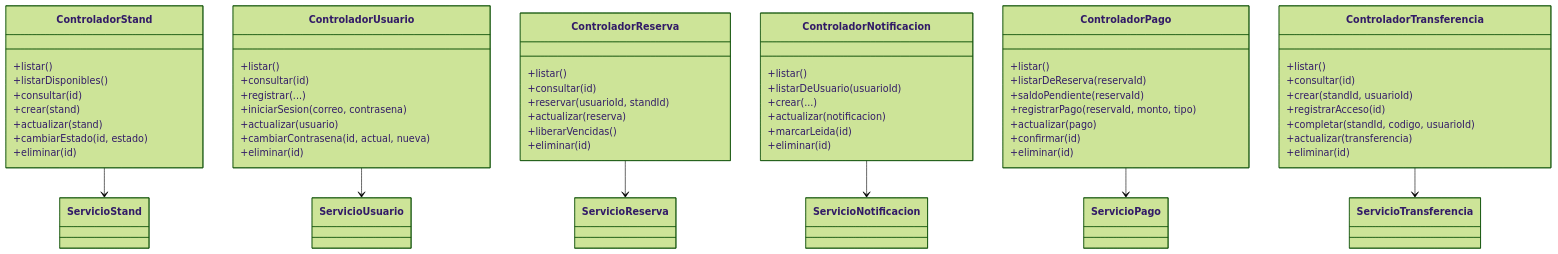
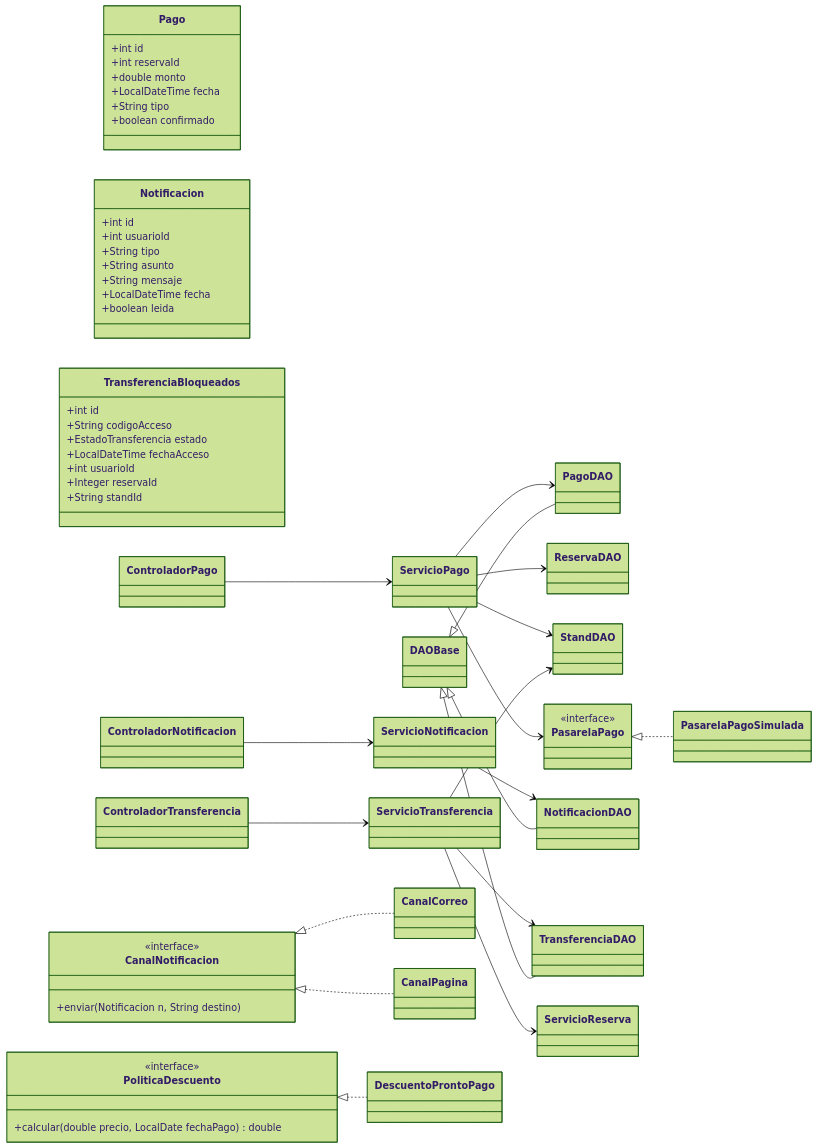
The eighth of 9 diagrams in Stands-Filey/DiagramaClases/DiagramaClases.md (Javtamata145/StandsFiley-POO), drawn with Mermaid (forest theme) before and after one commit. The commit also changed other lines of this file, not shown here.

Commit message:
Actualizando Diagrama clases

````diff
--- a/Stands-Filey/DiagramaClases/DiagramaClases.md
+++ b/Stands-Filey/DiagramaClases/DiagramaClases.md
@@ -305,69 +573,64 @@
 ```mermaid
 classDiagram
-direction TB
+direction LR
 
-class ControladorStand {
-  +listar()
-  +listarDisponibles()
-  +consultar(id)
-  +crear(stand)
-  +actualizar(stand)
-  +cambiarEstado(id, estado)
-  +eliminar(id)
+class Pago {
+  +int id
+  +int reservaId
+  +double monto
+  +LocalDateTime fecha
+  +String tipo
+  +boolean confirmado
+}
+class Notificacion {
+  +int id
+  +int usuarioId
+  +String tipo
+  +String asunto
+  +String mensaje
+  +LocalDateTime fecha
+  +boolean leida
+}
+class TransferenciaBloqueados {
+  +int id
+  +String codigoAcceso
+  +EstadoTransferencia estado
+  +LocalDateTime fechaAcceso
+  +int usuarioId
+  +Integer reservaId
+  +String standId
 }
 
-class ControladorUsuario {
-  +listar()
-  +consultar(id)
-  +registrar(...)
-  +iniciarSesion(correo, contrasena)
-  +actualizar(usuario)
-  +cambiarContrasena(id, actual, nueva)
-  +eliminar(id)
+ControladorPago --> ServicioPago
+ControladorNotificacion --> ServicioNotificacion
+ControladorTransferencia --> ServicioTransferencia
+
+ServicioPago --> PagoDAO
+ServicioPago --> ReservaDAO
+ServicioPago --> StandDAO
+ServicioPago --> PasarelaPago
+ServicioNotificacion --> NotificacionDAO
+ServicioTransferencia --> TransferenciaDAO
+ServicioTransferencia --> StandDAO
+ServicioTransferencia --> ServicioReserva
+
+DAOBase <|-- PagoDAO
+DAOBase <|-- NotificacionDAO
+DAOBase <|-- TransferenciaDAO
+
+class CanalNotificacion {
+  <<interface>>
+  +enviar(Notificacion n, String destino)
 }
-
-class ControladorReserva {
-  +listar()
-  +consultar(id)
-  +reservar(usuarioId, standId)
-  +actualizar(reserva)
-  +liberarVencidas()
-  +eliminar(id)
+class PoliticaDescuento {
+  <<interface>>
+  +calcular(double precio, LocalDate fechaPago) double
 }
-
-class ControladorNotificacion {
-  +listar()
-  +listarDeUsuario(usuarioId)
-  +crear(...)
-  +actualizar(notificacion)
-  +marcarLeida(id)
-  +eliminar(id)
+class PasarelaPago {
+  <<interface>>
 }
-
-class ControladorPago {
-  +listar()
-  +listarDeReserva(reservaId)
-  +saldoPendiente(reservaId)
-  +registrarPago(reservaId, monto, tipo)
-  +actualizar(pago)
-  +confirmar(id)
-  +eliminar(id)
-}
-
-class ControladorTransferencia {
-  +listar()
-  +consultar(id)
-  +crear(standId, usuarioId)
-  +registrarAcceso(id)
-  +completar(standId, codigo, usuarioId)
-  +actualizar(transferencia)
-  +eliminar(id)
-}
-
-ControladorStand --> ServicioStand
-ControladorUsuario --> ServicioUsuario
-ControladorReserva --> ServicioReserva
-ControladorNotificacion --> ServicioNotificacion
-ControladorPago --> ServicioPago
-ControladorTransferencia --> ServicioTransferencia
+CanalNotificacion <|.. CanalCorreo
+CanalNotificacion <|.. CanalPagina
+PoliticaDescuento <|.. DescuentoProntoPago
+PasarelaPago <|.. PasarelaPagoSimulada
 ```
````
